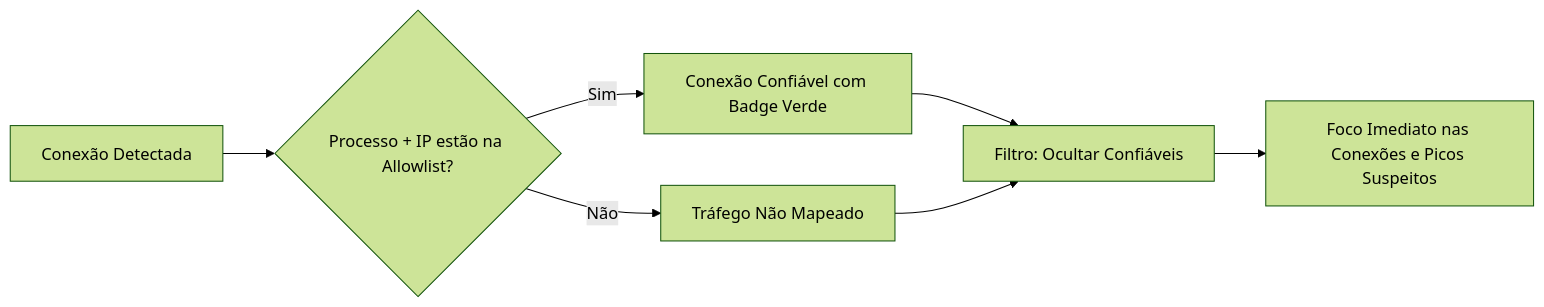
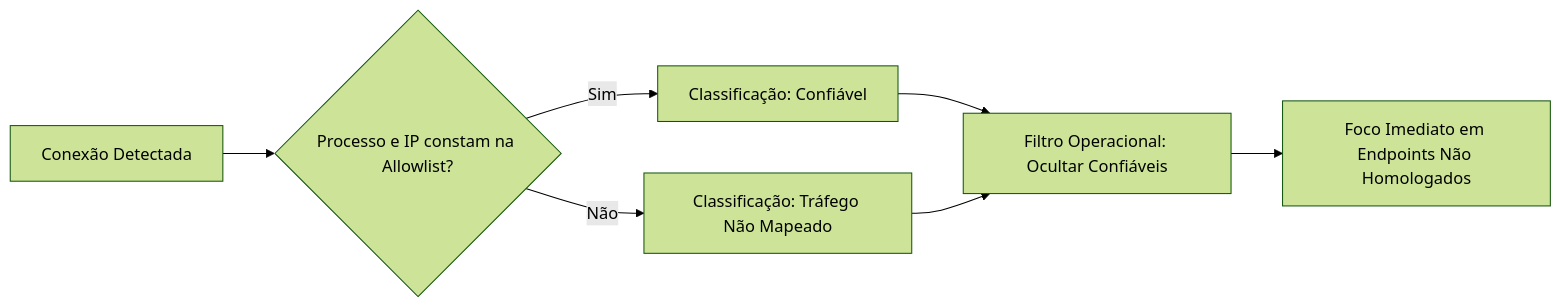
Before and after one commit to muriloai/NetStatAnalyzer: the first of 2 diagrams in README.md, drawn with Mermaid (forest theme). The commit also changed other lines of this file, not shown here.

First line of the commit message:
docs(readme): update project description and architecture details

````diff
--- a/README.md
+++ b/README.md
@@ -123,10 +160,10 @@
 ```mermaid
 flowchart LR
-    A[Conexão Detectada] --> B{Processo + IP estão na Allowlist?}
-    B -- Sim --> C[Conexão Confiável com Badge Verde]
-    B -- Não --> D[Tráfego Não Mapeado]
-    
-    C --> E[Filtro: Ocultar Confiáveis]
+    A[Conexão Detectada] --> B{Processo e IP constam na Allowlist?}
+    B -- Sim --> C[Classificação: Confiável]
+    B -- Não --> D[Classificação: Tráfego Não Mapeado]
+
+    C --> E[Filtro Operacional: Ocultar Confiáveis]
     D --> E
-    E --> F[Foco Imediato nas Conexões e Picos Suspeitos]
+    E --> F[Foco Imediato em Endpoints Não Homologados]
 ```
````
